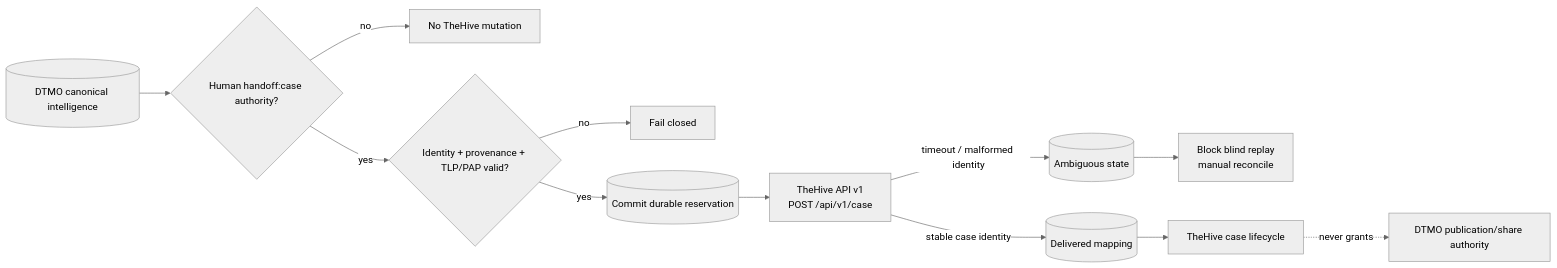
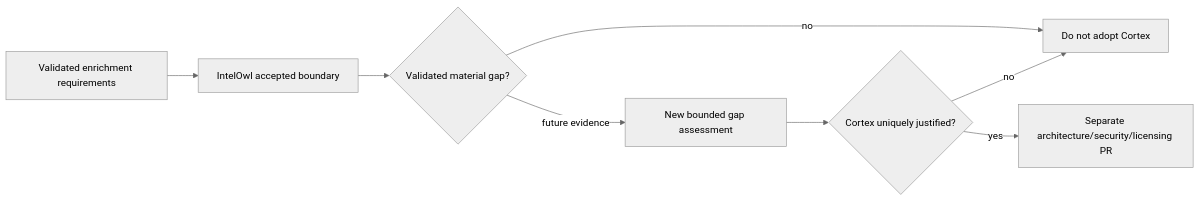
One commit to GJvManen/dtmo changed the second of 2 diagrams in docs/roadmap/PLATFORM_INDUSTRIALISATION_ROADMAP.md. Above: the diagram before and after it, drawn with Mermaid (neutral theme). The commit also changed other lines of this file, not shown here.

Commit message:
Phase 11.7: activate Cortex decision gate

````diff
--- a/docs/roadmap/PLATFORM_INDUSTRIALISATION_ROADMAP.md
+++ b/docs/roadmap/PLATFORM_INDUSTRIALISATION_ROADMAP.md
@@ -88,14 +82,10 @@
 ```mermaid
 flowchart LR
-    D[(DTMO canonical intelligence)] --> A{Human handoff:case authority?}
-    A -->|no| N[No TheHive mutation]
-    A -->|yes| V{Identity + provenance + TLP/PAP valid?}
-    V -->|no| X[Fail closed]
-    V -->|yes| R[(Commit durable reservation)]
-    R --> C[TheHive API v1\nPOST /api/v1/case]
-    C -->|stable case identity| M[(Delivered mapping)]
-    C -->|timeout / malformed identity| U[(Ambiguous state)]
-    U --> B[Block blind replay\nmanual reconcile]
-    M --> H[TheHive case lifecycle]
-    H -. never grants .-> S[DTMO publication/share authority]
+    R[Validated enrichment requirements] --> I[IntelOwl accepted boundary]
+    I --> G{Validated material gap?}
+    G -->|no| N[Do not adopt Cortex]
+    G -->|future evidence| A[New bounded gap assessment]
+    A --> C{Cortex uniquely justified?}
+    C -->|yes| P[Separate architecture/security/licensing PR]
+    C -->|no| N
 ```
````
